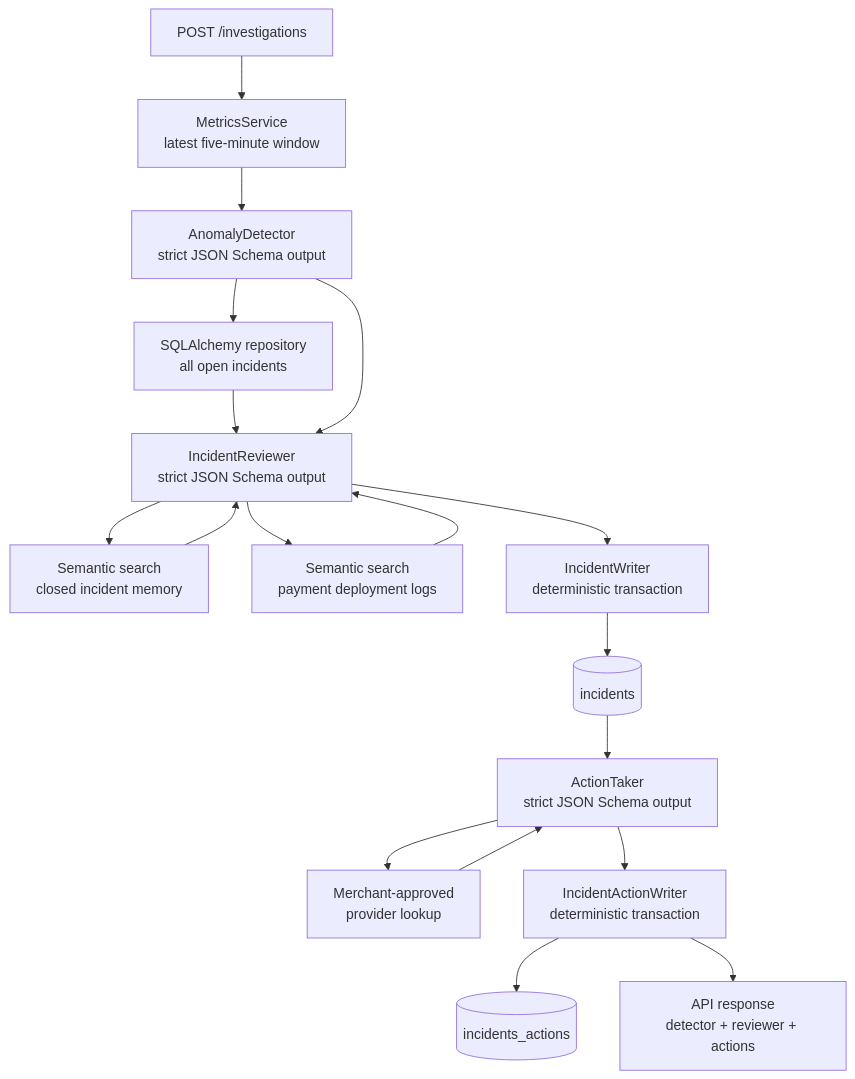
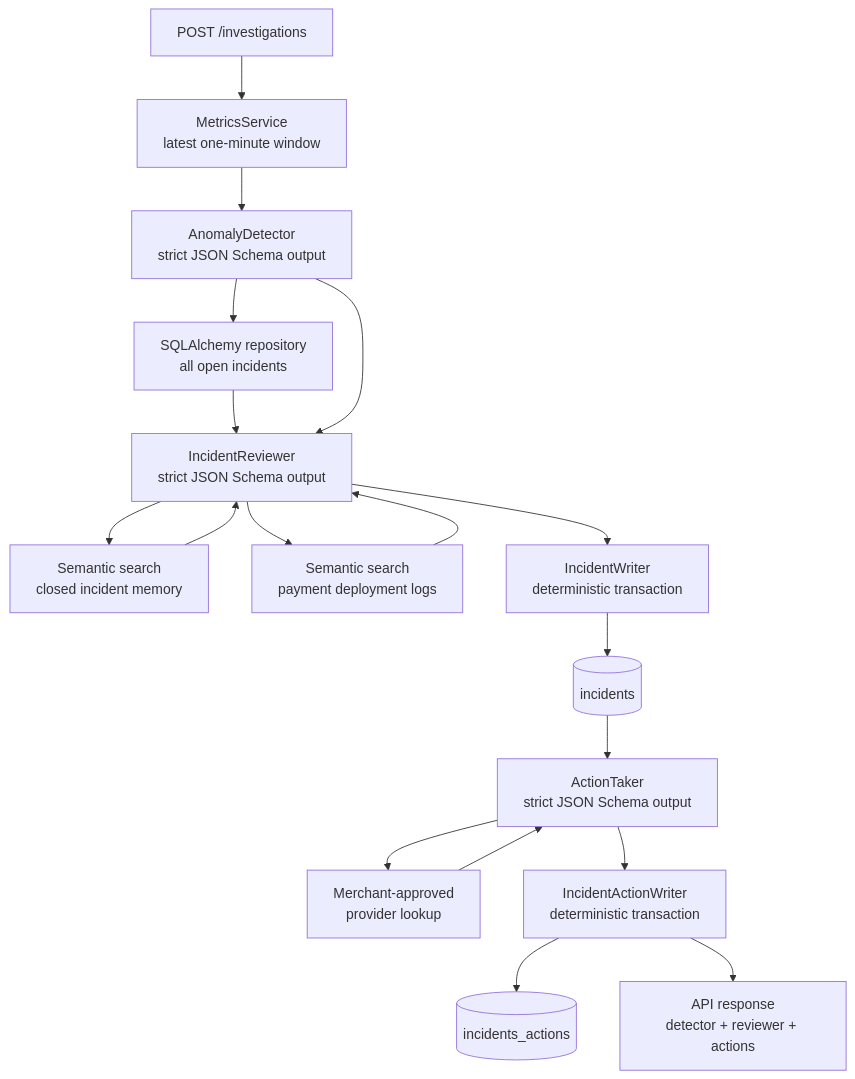
The diagram in services/agent_api/README.md (gaston-lm/tcp-nextwave-hackathon), drawn with Mermaid before and after one commit. The commit also changed other lines of this file and 13 other files, not shown here.

Commit message:
feat: align live ingestion with one-minute investigations

````diff
--- a/services/agent_api/README.md
+++ b/services/agent_api/README.md
@@ -11,20 +11,20 @@
 ```mermaid
 flowchart TD
-    Request[POST /investigations] --> Metrics[MetricsService\nlatest five-minute window]
+    Request[POST /investigations] --> Metrics[MetricsService\nlatest one-minute window]
     Metrics --> Detector[AnomalyDetector\nstrict JSON Schema output]
     Detector --> Recent[SQLAlchemy repository\nall open incidents]
     Recent --> Reviewer[IncidentReviewer\nstrict JSON Schema output]
     Detector --> Reviewer
     Reviewer --> Memory[Semantic search\nclosed incident memory]
     Reviewer --> Deploys[Semantic search\npayment deployment logs]
     Memory --> Reviewer
     Deploys --> Reviewer
     Reviewer --> Writer[IncidentWriter\ndeterministic transaction]
     Writer --> Incidents[(incidents)]
     Incidents --> Actions[ActionTaker\nstrict JSON Schema output]
     Actions --> ProviderOptions[Merchant-approved\nprovider lookup]
     ProviderOptions --> Actions
     Actions --> ActionWriter[IncidentActionWriter\ndeterministic transaction]
     ActionWriter --> IncidentActions[(incidents_actions)]
     ActionWriter --> Response[API response\ndetector + reviewer + actions]
 ```
````
